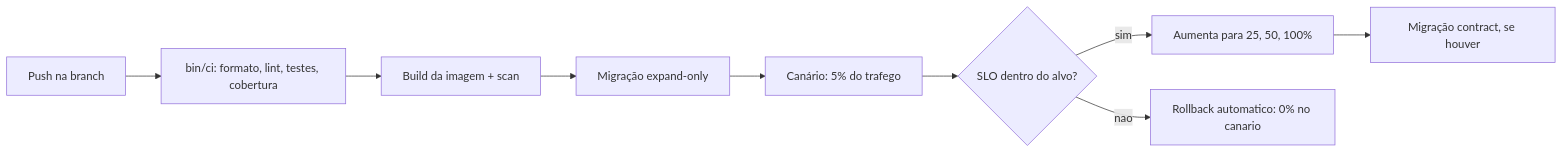
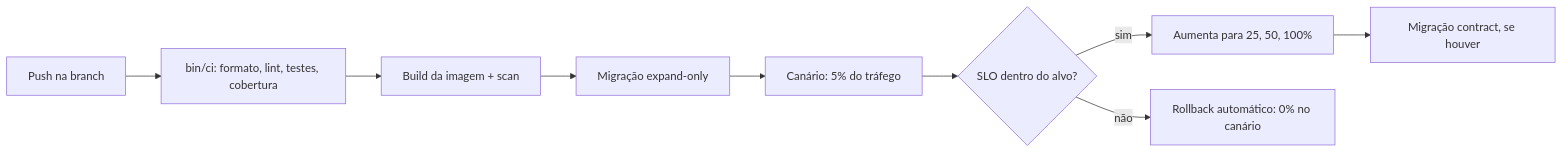
One commit to gabrielassisxyz/transaction-authorizer changed the second of 2 diagrams in docs/deploy.md. Above: the diagram before and after it, drawn with Mermaid. The commit also changed other lines of this file, not shown here.

First line of the commit message:
docs(deploy): acentos nos rótulos do diagrama e o gate apontando para as suas regras

````diff
--- a/docs/deploy.md
+++ b/docs/deploy.md
@@ -65,11 +65,11 @@
 ```mermaid
 flowchart LR
     push[Push na branch] --> ci[bin/ci: formato, lint, testes, cobertura]
     ci --> build[Build da imagem + scan]
     build --> migrate[Migração expand-only]
-    migrate --> canary[Canário: 5% do trafego]
+    migrate --> canary[Canário: 5% do tráfego]
     canary --> watch{SLO dentro do alvo?}
     watch -- sim --> ramp[Aumenta para 25, 50, 100%]
-    watch -- nao --> rollback[Rollback automatico: 0% no canario]
+    watch -- não --> rollback[Rollback automático: 0% no canário]
     ramp --> contract[Migração contract, se houver]
 ```
````
